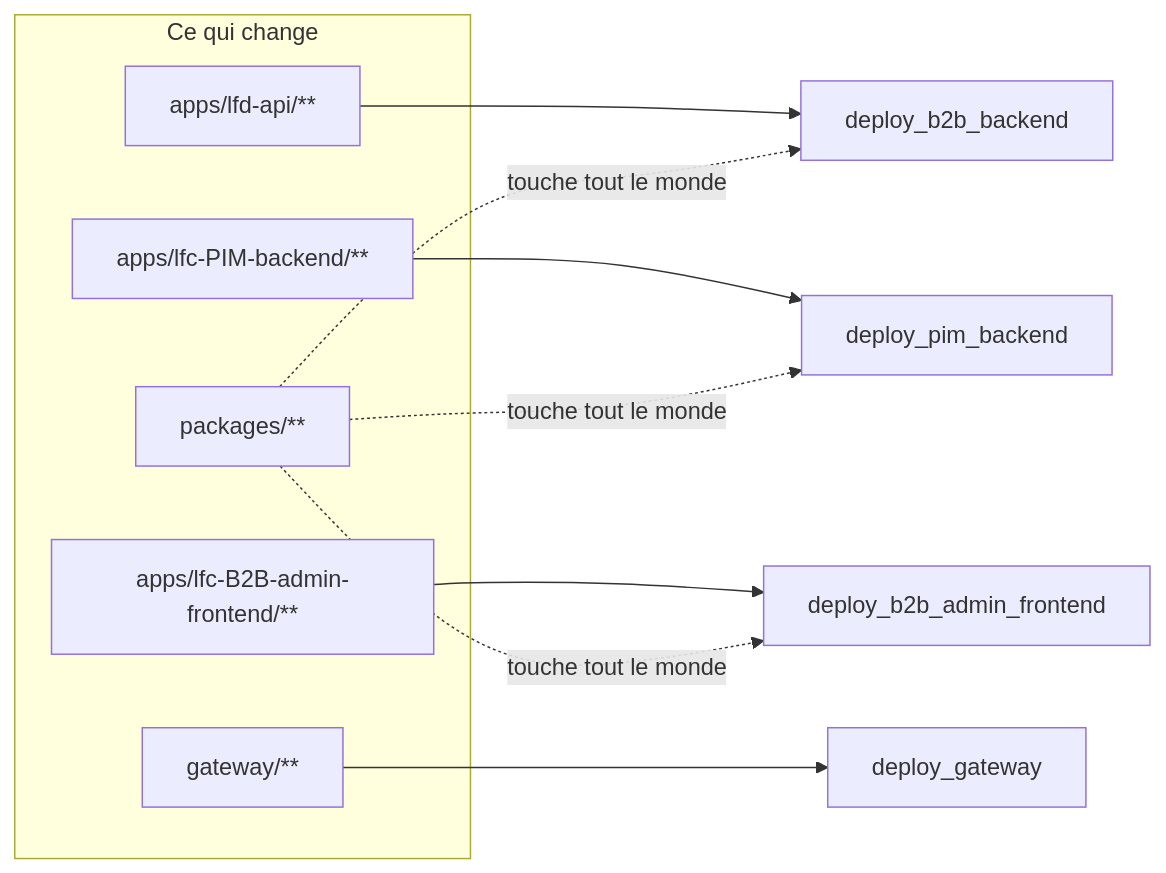
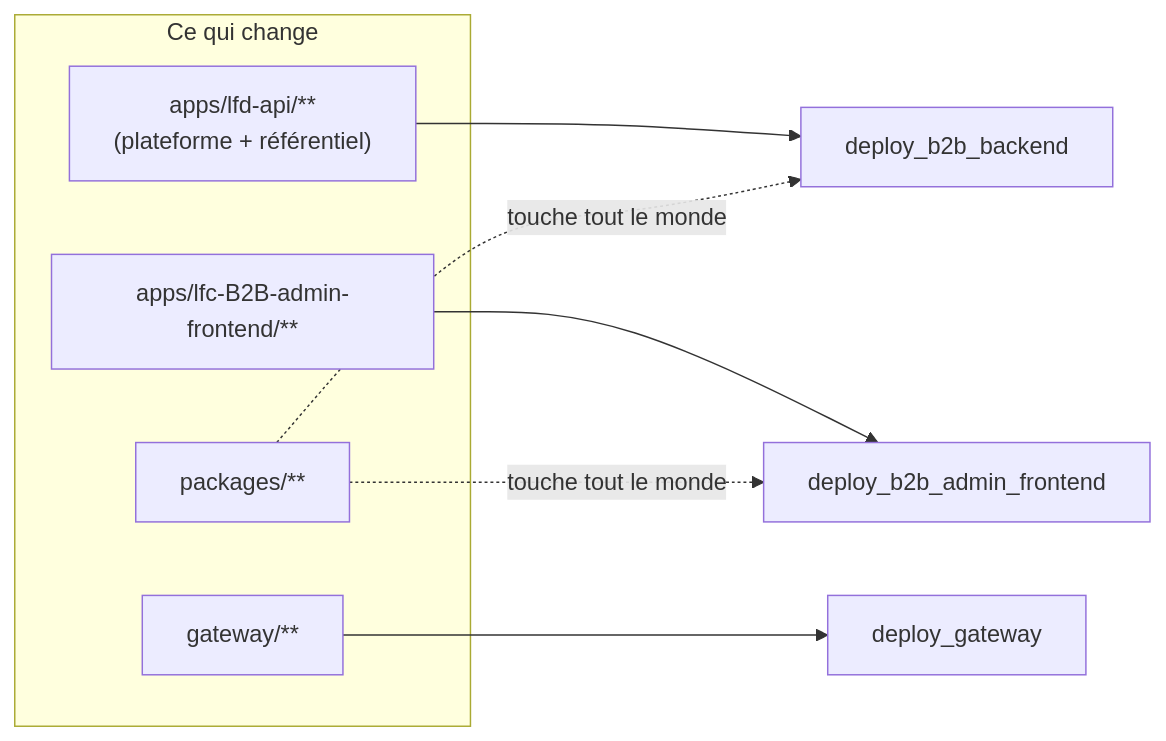
One commit to hugoheynard/lfd changed the first of 2 diagrams in documentation/ops/pipelines.md. Above: the diagram before and after it, drawn with Mermaid. The commit also changed other lines of this file and 375 other files, not shown here.

````diff
--- a/documentation/ops/pipelines.md
+++ b/documentation/ops/pipelines.md
@@ -11,15 +17,13 @@
 ```mermaid
 flowchart LR
     subgraph src["Ce qui change"]
-        A["apps/lfd-api/**"]
-        B["apps/lfc-PIM-backend/**"]
+        A["apps/lfd-api/**<br/>(plateforme + référentiel)"]
         C["apps/lfc-B2B-admin-frontend/**"]
         D["packages/**"]
         E["gateway/**"]
     end
     A --> WB[deploy_b2b_backend]
-    B --> WP[deploy_pim_backend]
     C --> WA[deploy_b2b_admin_frontend]
     E --> WG[deploy_gateway]
-    D -.->|"touche tout le monde"| WB & WP & WA
+    D -.->|"touche tout le monde"| WB & WA
 ```
````
